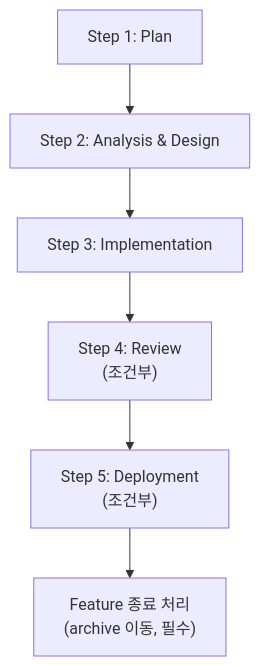
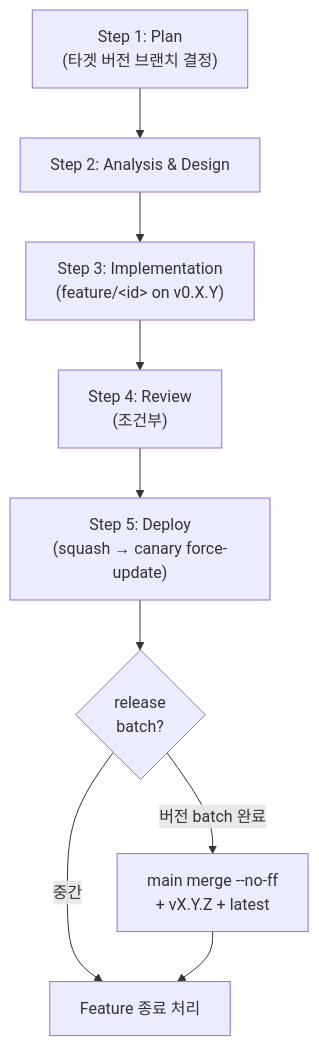
The second of 2 diagrams in README.md (im-dongseon/wikihub), drawn with Mermaid before and after one commit. The commit also changed other lines of this file and 10 other files, not shown here.

First line of the commit message:
refactor(branch_strategy_formalize): main→v0.X.Y→feature 5 액션 git workflow 정립 + install.sh F8 fetch --force (v0.1.8)

````diff
--- a/README.md
+++ b/README.md
@@ -173,11 +173,15 @@
 ```mermaid
 flowchart TD
-    Plan["Step 1: Plan"]
+    Plan["Step 1: Plan<br/>(타겟 버전 브랜치 결정)"]
     AD["Step 2: Analysis & Design"]
-    Impl["Step 3: Implementation"]
+    Impl["Step 3: Implementation<br/>(feature/&lt;id&gt; on v0.X.Y)"]
     Review["Step 4: Review<br/>(조건부)"]
-    Deploy["Step 5: Deployment<br/>(조건부)"]
-    Archive["Feature 종료 처리<br/>(archive 이동, 필수)"]
+    Deploy["Step 5: Deploy<br/>(squash → canary force-update)"]
+    Release{"release<br/>batch?"}
+    MainMerge["main merge --no-ff<br/>+ vX.Y.Z + latest"]
+    Archive["Feature 종료 처리"]
 
-    Plan --> AD --> Impl --> Review --> Deploy --> Archive
+    Plan --> AD --> Impl --> Review --> Deploy --> Release
+    Release -->|"중간"| Archive
+    Release -->|"버전 batch 완료"| MainMerge --> Archive
 ```
````
